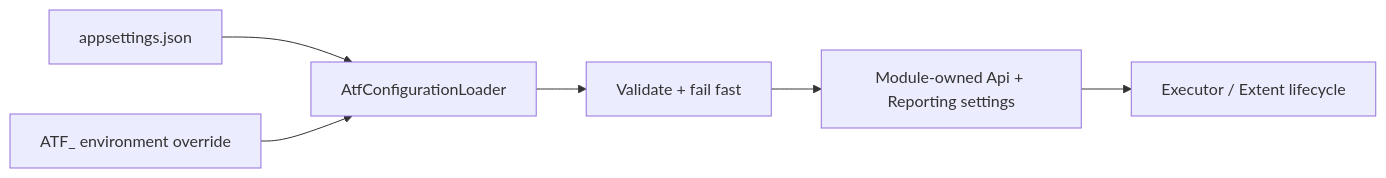
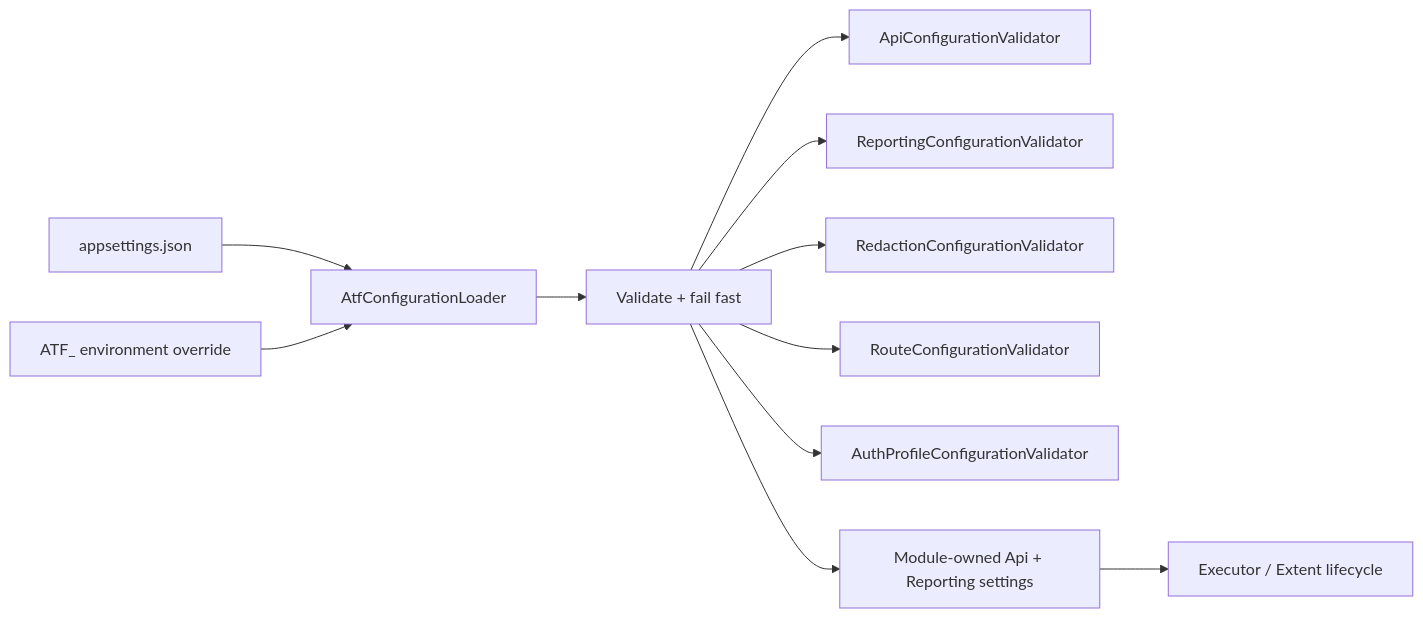
The third of 4 diagrams in Atf.Core/README.md (crististefanita/CS1), drawn with Mermaid before and after one commit. The commit also changed other lines of this file and 18 other files, not shown here.

````diff
--- a/Atf.Core/README.md
+++ b/Atf.Core/README.md
@@ -125,8 +125,13 @@
 ```mermaid
 flowchart LR
     File[appsettings.json] --> Loader[AtfConfigurationLoader]
     Env[ATF_ environment override] --> Loader
     Loader --> Validate[Validate + fail fast]
+    Validate --> ApiRule[ApiConfigurationValidator]
+    Validate --> ReportRule[ReportingConfigurationValidator]
+    Validate --> RedactionRule[RedactionConfigurationValidator]
+    Validate --> RouteRule[RouteConfigurationValidator]
+    Validate --> AuthRule[AuthProfileConfigurationValidator]
     Validate --> Settings[Module-owned Api + Reporting settings]
     Settings --> Runtime[Executor / Extent lifecycle]
 ```
````
